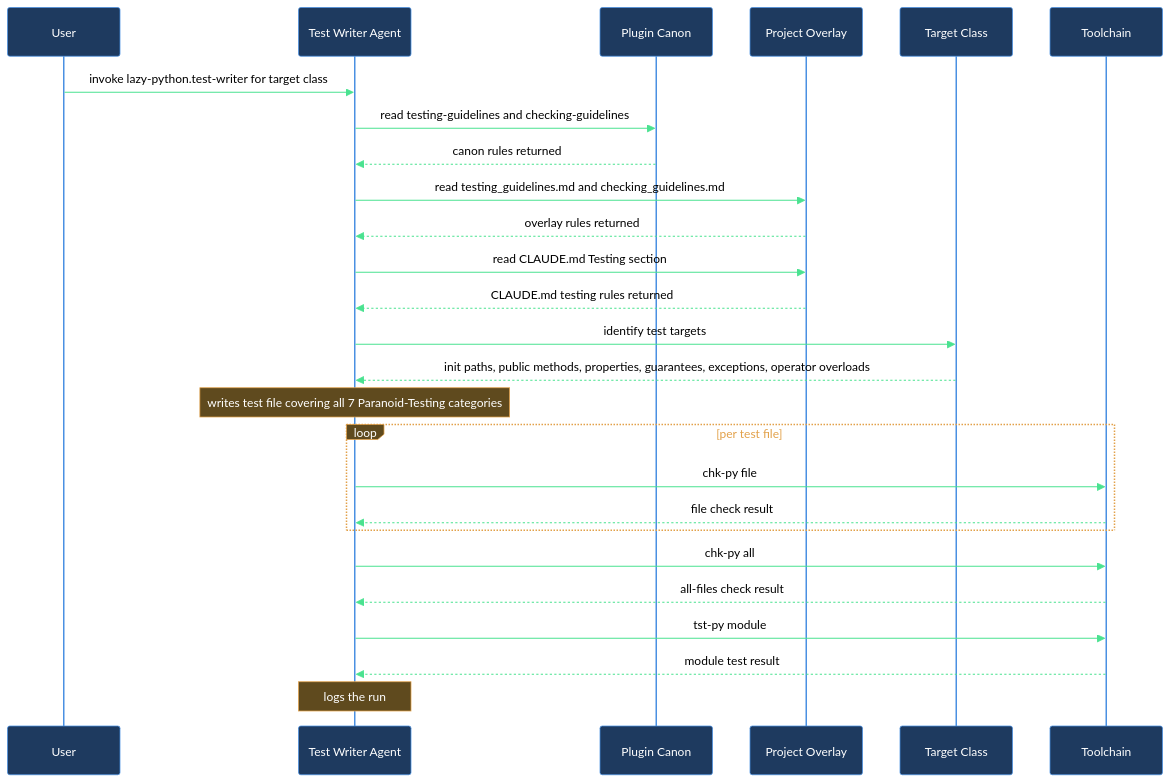
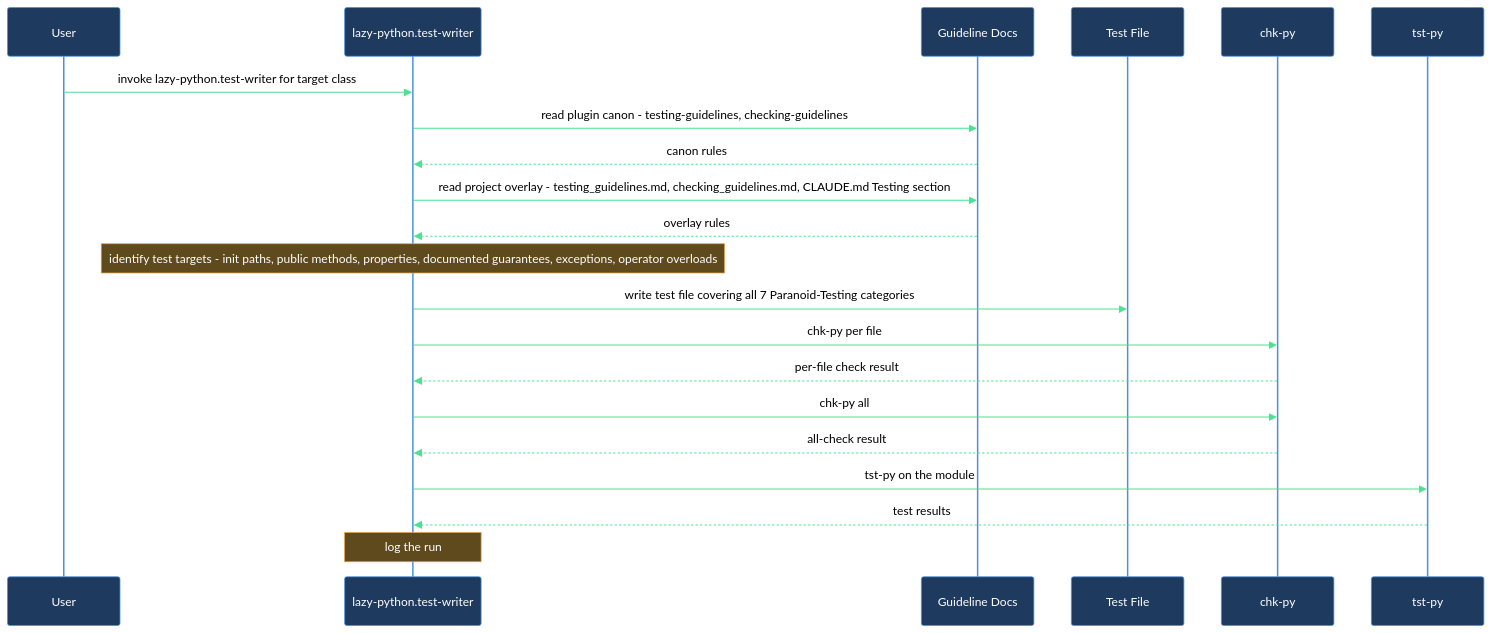
The diagram in claude/lazycortex-python/help/walkthroughs/write-tests-for-new-class.md (mebius-san/lazy-cortex), drawn with Mermaid before and after one commit. The commit also changed other lines of this file and 21 other files, not shown here.

````diff
--- a/claude/lazycortex-python/help/walkthroughs/write-tests-for-new-class.md
+++ b/claude/lazycortex-python/help/walkthroughs/write-tests-for-new-class.md
@@ -170,30 +175,25 @@
 ```mermaid
 %%{init: {'themeVariables':{'background':'transparent','primaryColor':'#1e3a5f','primaryBorderColor':'#4a90e2','primaryTextColor':'#fff','lineColor':'#4ae290','actorBkg':'#1e3a5f','actorBorder':'#4a90e2','actorTextColor':'#fff','actorLineColor':'#4a90e2','signalColor':'#4ae290','signalTextColor':'#000','noteBkgColor':'#5f4a1e','noteBorderColor':'#e2a14a','noteTextColor':'#fff','labelBoxBkgColor':'#5f4a1e','labelBoxBorderColor':'#e2a14a','labelTextColor':'#fff','loopTextColor':'#e2a14a'},'sequence':{'diagramPadding':5,'useMaxWidth':true}}}%%
 sequenceDiagram
   participant user as User
-  participant testWriter as Test Writer Agent
-  participant canon as Plugin Canon
-  participant overlay as Project Overlay
-  participant targetClass as Target Class
-  participant toolchain as Toolchain
+  participant testWriter as lazy-python.test-writer
+  participant docs as Guideline Docs
+  participant testFile as Test File
+  participant chkPy as chk-py
+  participant tstPy as tst-py
 
   user->>testWriter: invoke lazy-python.test-writer for target class
-  testWriter->>canon: read testing-guidelines and checking-guidelines
-  canon-->>testWriter: canon rules returned
-  testWriter->>overlay: read testing_guidelines.md and checking_guidelines.md
-  overlay-->>testWriter: overlay rules returned
-  testWriter->>overlay: read CLAUDE.md Testing section
-  overlay-->>testWriter: CLAUDE.md testing rules returned
-  testWriter->>targetClass: identify test targets
-  targetClass-->>testWriter: init paths, public methods, properties, guarantees, exceptions, operator overloads
-  Note over testWriter: writes test file covering all 7 Paranoid-Testing categories
-  loop per test file
-    testWriter->>toolchain: chk-py file
-    toolchain-->>testWriter: file check result
-  end
-  testWriter->>toolchain: chk-py all
-  toolchain-->>testWriter: all-files check result
-  testWriter->>toolchain: tst-py module
-  toolchain-->>testWriter: module test result
-  Note over testWriter: logs the run
+  testWriter->>docs: read plugin canon - testing-guidelines, checking-guidelines
+  docs-->>testWriter: canon rules
+  testWriter->>docs: read project overlay - testing_guidelines.md, checking_guidelines.md, CLAUDE.md Testing section
+  docs-->>testWriter: overlay rules
+  Note over testWriter: identify test targets - init paths, public methods, properties, documented guarantees, exceptions, operator overloads
+  testWriter->>testFile: write test file covering all 7 Paranoid-Testing categories
+  testWriter->>chkPy: chk-py per file
+  chkPy-->>testWriter: per-file check result
+  testWriter->>chkPy: chk-py all
+  chkPy-->>testWriter: all-check result
+  testWriter->>tstPy: tst-py on the module
+  tstPy-->>testWriter: test results
+  Note over testWriter: log the run
 ```
````
